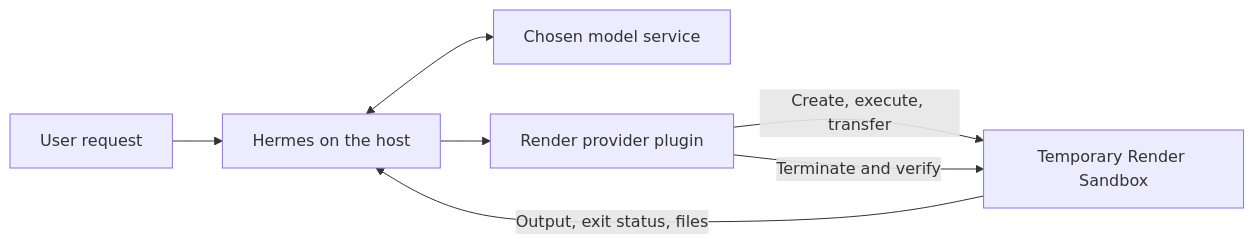
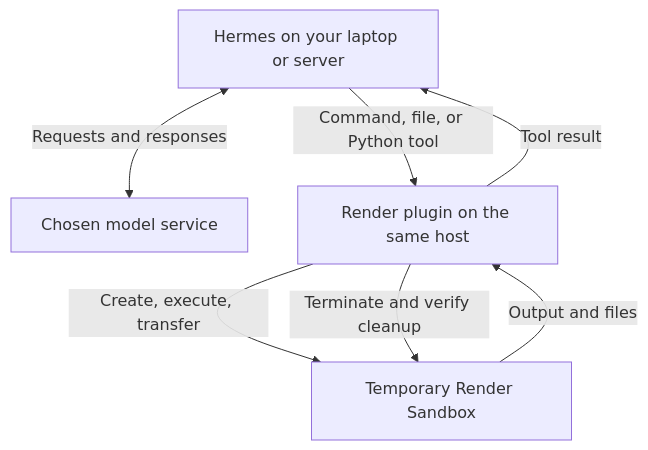
Before and after one commit to ojusave/hermes-plugin-render: the diagram in README.md, drawn with Mermaid. The commit also changed other lines of this file, not shown here.

````diff
--- a/README.md
+++ b/README.md
@@ -7,9 +113,9 @@
 ```mermaid
-flowchart LR
-  U[User request] --> H[Hermes on the host]
-  H <--> M[Chosen model service]
-  H --> P[Render provider plugin]
+flowchart TD
+  H[Hermes on your laptop or server] <-->|Requests and responses| M[Chosen model service]
+  H -->|Command, file, or Python tool| P[Render plugin on the same host]
   P -->|Create, execute, transfer| S[Temporary Render Sandbox]
-  S -->|Output, exit status, files| H
-  P -->|Terminate and verify| S
+  S -->|Output and files| P
+  P -->|Tool result| H
+  P -->|Terminate and verify cleanup| S
 ```
````
